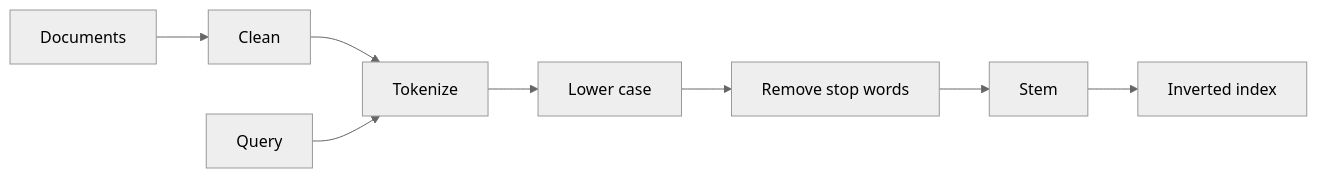
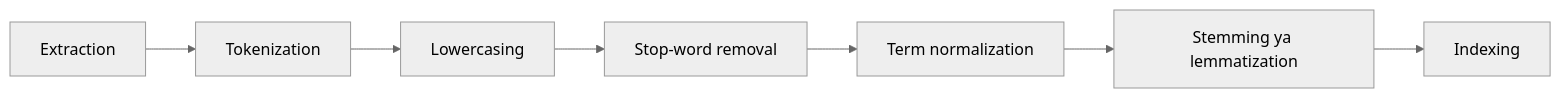
Before and after one commit to TrendySloth1001/sem-seven-notes: the diagram in content/natural-language-processing/pyq/2022-12-ce/q4b.hi.mdx, drawn with Mermaid (neutral theme). The commit also changed other lines of this file and 406 other files, not shown here.

````diff
--- a/content/natural-language-processing/pyq/2022-12-ce/q4b.hi.mdx
+++ b/content/natural-language-processing/pyq/2022-12-ce/q4b.hi.mdx
@@ -17,6 +7,5 @@
 ```mermaid
-%% caption: IR ke liye preprocessing pipeline. Query bhi documents jaisi hi steps follow karti hai taaki terms match ho sakein.
+%% caption: Information retrieval ke liye saat text processing steps.
 flowchart LR
-  D["Documents"] --> C["Clean"] --> T["Tokenize"] --> L["Lower case"] --> S["Remove stop words"] --> M["Stem"] --> I["Inverted index"]
-  Q["Query"] --> T
+  A["Extraction"] --> B["Tokenization"] --> C["Lowercasing"] --> D["Stop-word removal"] --> E["Term normalization"] --> F["Stemming ya lemmatization"] --> G["Indexing"]
 ```
````
